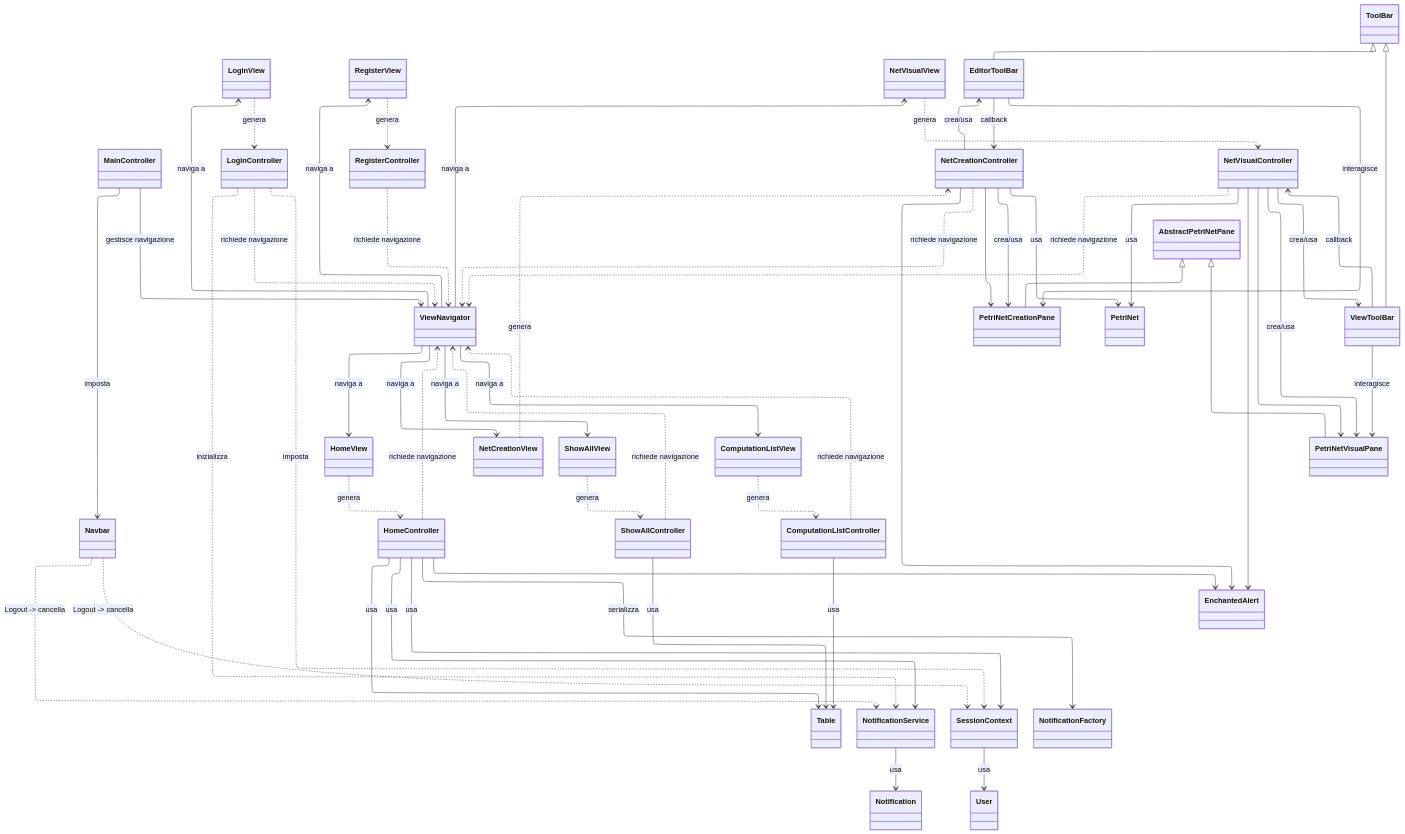
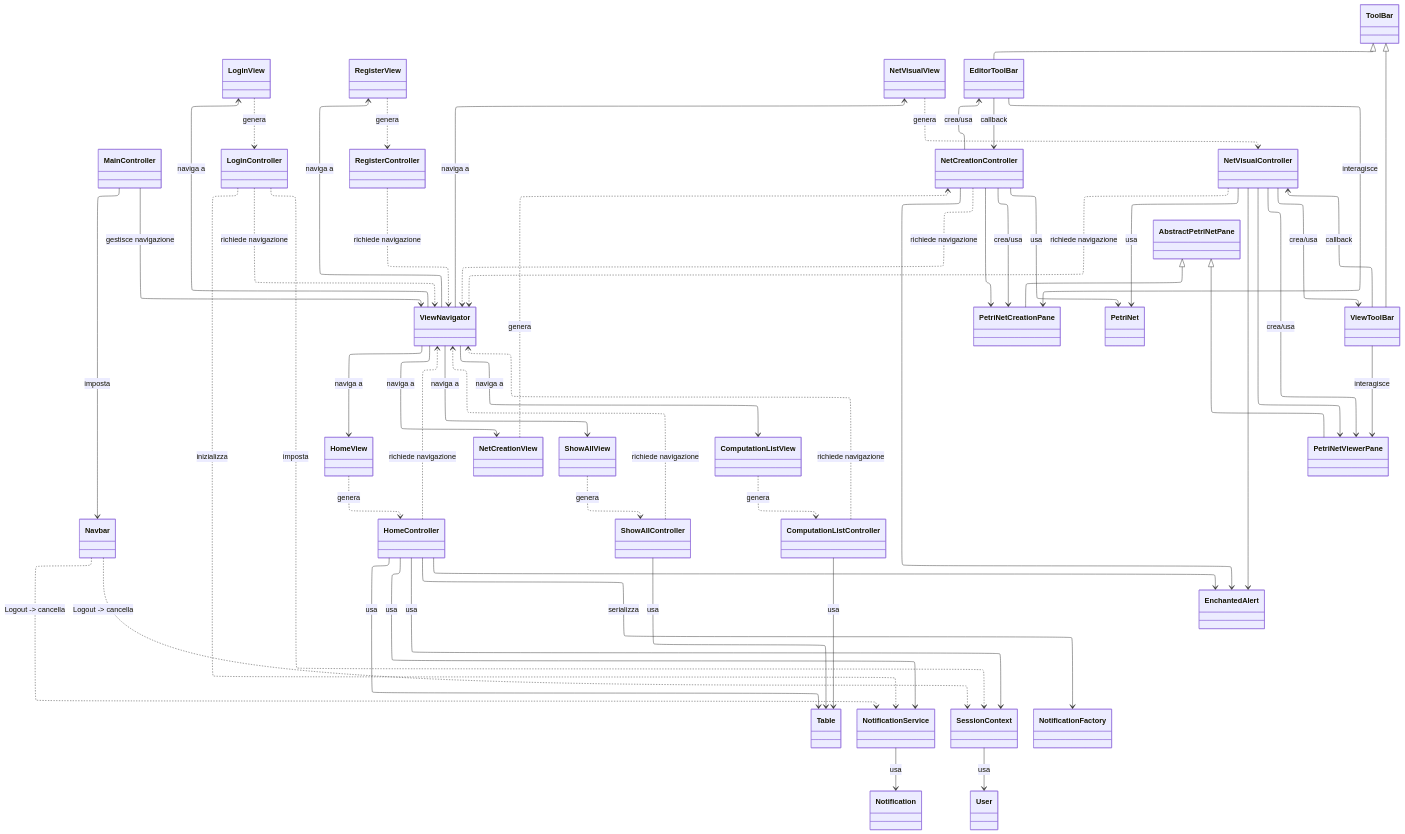
The diagram in docs/ClassDiagram/Total Class Diagram.mmd (alessio-vivaldelli/PetriHub), drawn with Mermaid before and after one commit. The commit also changed 9 other files, not shown here.

```diff
--- a/docs/ClassDiagram/Total Class Diagram.mmd
+++ b/docs/ClassDiagram/Total Class Diagram.mmd
@@ -1,101 +1,101 @@
 ---
 config:
   layout: elk
 ---
 classDiagram
     direction TB
     class MainController
     class ViewNavigator
     class Navbar
     class Table
     class LoginView
     class LoginController
     class RegisterView
     class RegisterController
     class HomeView
     class HomeController
     class NetCreationView
     class NetCreationController
     class ShowAllView
     class ShowAllController
     class ComputationListView
     class ComputationListController
     class NetVisualView
     class NetVisualController
     class NotificationService
     class SessionContext
-    class PetriNetVisualPane
+    class PetriNetViewerPane
     class PetriNetCreationPane
     class Notification
     class User
     class PetriNet
     class EnchantedAlert
     class NotificationFactory
     class ToolBar
     class EditorToolBar
     class ViewToolBar
     class AbstractPetriNetPane
 
     MainController --> ViewNavigator : gestisce navigazione
     MainController --> Navbar : imposta
     ViewNavigator --> LoginView : naviga a
     ViewNavigator --> HomeView : naviga a
     ViewNavigator --> RegisterView : naviga a
     ViewNavigator --> NetCreationView : naviga a
     ViewNavigator --> ShowAllView : naviga a
     ViewNavigator --> ComputationListView : naviga a
     ViewNavigator --> NetVisualView : naviga a
 
     LoginView ..> LoginController : genera
     LoginController ..> ViewNavigator : richiede navigazione
     RegisterView ..> RegisterController : genera
     RegisterController ..> ViewNavigator : richiede navigazione
     HomeView ..> HomeController : genera
     HomeController ..> ViewNavigator : richiede navigazione
     NetCreationView ..> NetCreationController : genera
     NetCreationController ..> ViewNavigator : richiede navigazione
     ShowAllView ..> ShowAllController : genera
     ShowAllController ..> ViewNavigator : richiede navigazione
     ComputationListView ..> ComputationListController : genera
     ComputationListController ..> ViewNavigator : richiede navigazione
     NetVisualView ..> NetVisualController : genera
     NetVisualController ..> ViewNavigator : richiede navigazione
 
     ShowAllController --> Table : usa
     ComputationListController --> Table : usa
     HomeController --> Table : usa
-    NetVisualController --> PetriNetVisualPane
+    NetVisualController --> PetriNetViewerPane
     NetCreationController --> PetriNetCreationPane
 
     LoginController ..> NotificationService : inizializza
     LoginController ..> SessionContext : imposta
     Navbar ..> NotificationService : Logout -> cancella
     Navbar ..> SessionContext : Logout -> cancella
     HomeController --> SessionContext : usa
     HomeController --> NotificationService : usa
     NetCreationController --> PetriNet : usa
     NetVisualController --> PetriNet : usa
     HomeController --> NotificationFactory : serializza
     SessionContext --> User : usa
     HomeController --> EnchantedAlert
     NetCreationController --> EnchantedAlert
     NetVisualController --> EnchantedAlert
 
     ToolBar <|-- EditorToolBar
     ToolBar <|-- ViewToolBar
 
 %% -- NET CREATION CONTROLLER RELATIONS --
     NetCreationController --> EditorToolBar : crea/usa
     EditorToolBar --> NetCreationController : callback
     NetCreationController --> PetriNetCreationPane : crea/usa
     EditorToolBar --> PetriNetCreationPane : interagisce
 
 %% -- NET VISUAL CONTROLLER RELATIONS --
     NetVisualController --> ViewToolBar : crea/usa
     ViewToolBar --> NetVisualController : callback
-    NetVisualController --> PetriNetVisualPane : crea/usa
-    ViewToolBar --> PetriNetVisualPane : interagisce
+    NetVisualController --> PetriNetViewerPane : crea/usa
+    ViewToolBar --> PetriNetViewerPane : interagisce
 
     NotificationService --> Notification : usa
     AbstractPetriNetPane <|-- PetriNetCreationPane
-    AbstractPetriNetPane <|-- PetriNetVisualPane
+    AbstractPetriNetPane <|-- PetriNetViewerPane
```
